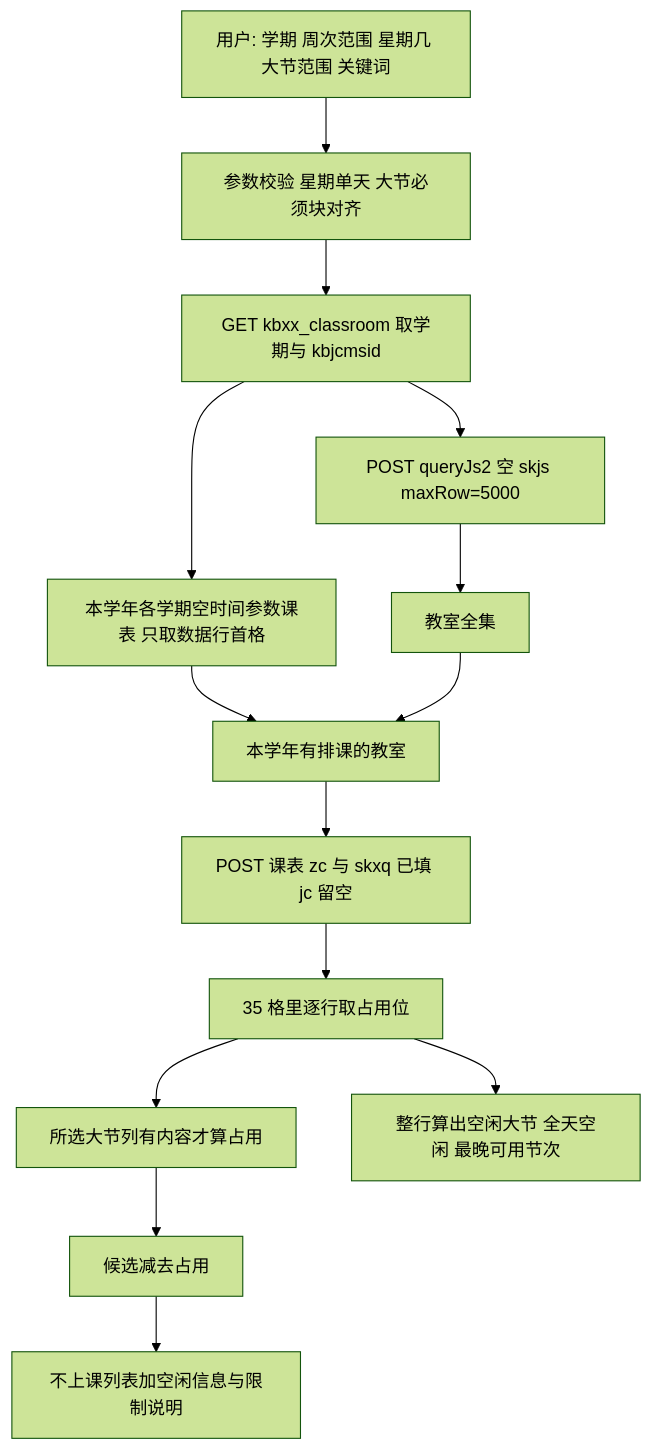
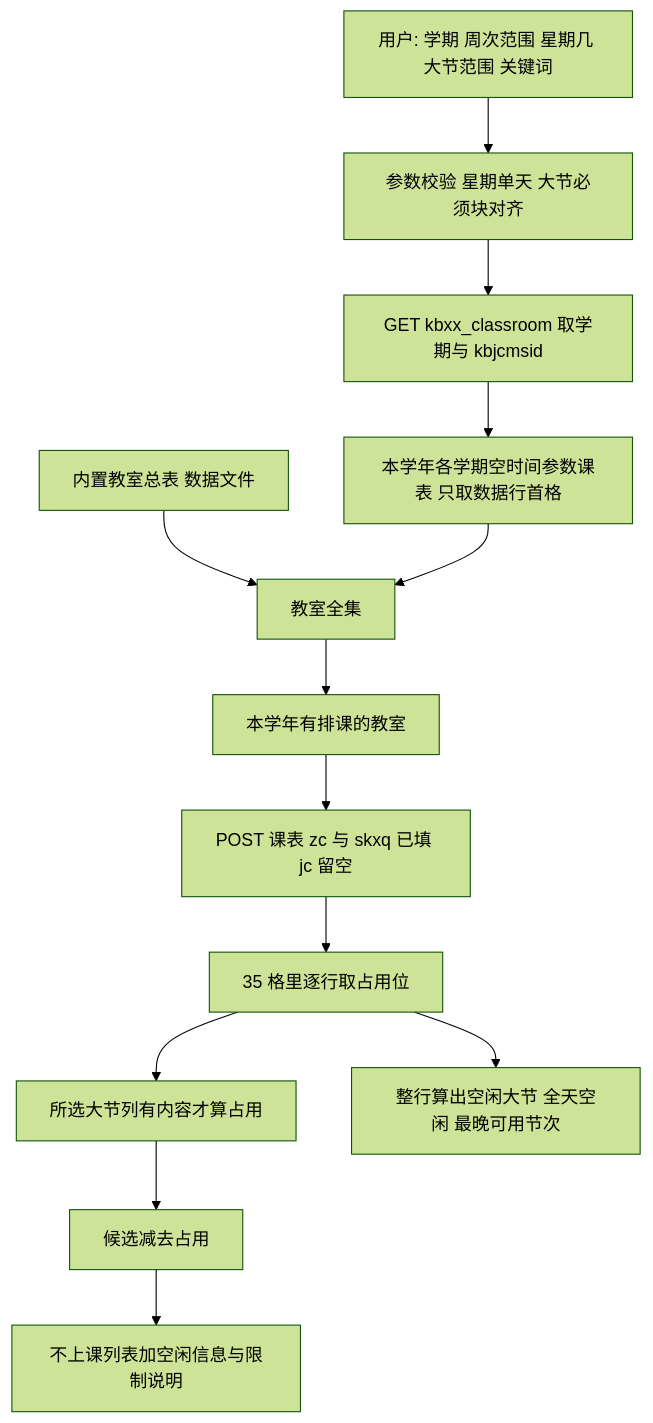
Before and after one commit to w1ndys/easy-qfnu-skill: the diagram in specs/empty-classroom/design.md, drawn with Mermaid (forest theme). The commit also changed other lines of this file and 2 other files, not shown here.

````diff
--- a/specs/empty-classroom/design.md
+++ b/specs/empty-classroom/design.md
@@ -30,16 +30,15 @@
 ```mermaid
 flowchart TD
   用户查询[用户: 学期 周次范围 星期几 大节范围 关键词] --> 校验[参数校验 星期单天 大节必须块对齐]
   校验 --> 父页[GET kbxx_classroom 取学期与 kbjcmsid]
-  父页 --> 字典[POST queryJs2 空 skjs maxRow=5000]
-  字典 --> 全集[教室全集]
+  总表[内置教室总表 数据文件] --> 全集[教室全集]
   父页 --> 学年[本学年各学期空时间参数课表 只取数据行首格]
-  学年 --> 候选[本学年有排课的教室]
-  全集 --> 候选
+  学年 --> 全集
+  全集 --> 候选[本学年有排课的教室]
   候选 --> 本次[POST 课表 zc 与 skxq 已填 jc 留空]
   本次 --> 解析[35 格里逐行取占用位]
   解析 --> 占用[所选大节列有内容才算占用]
   解析 --> 空闲[整行算出空闲大节 全天空闲 最晚可用节次]
   占用 --> 差集[候选减去占用]
   差集 --> 结果[不上课列表加空闲信息与限制说明]
 ```
````
